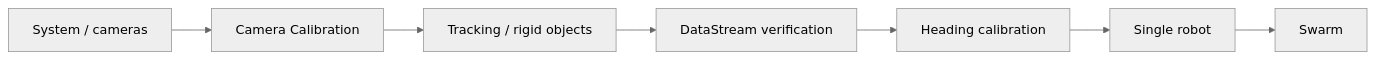
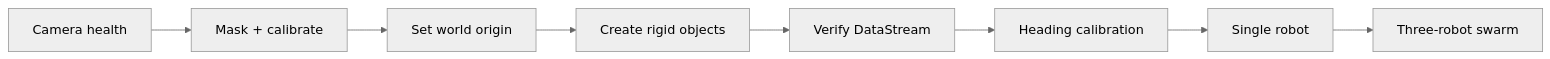
The diagram in docs/index.md (RV-crtl/sphero-vicon-swarm), drawn with Mermaid (neutral theme) before and after one commit. The commit also changed other lines of this file, not shown here.

````diff
--- a/docs/index.md
+++ b/docs/index.md
@@ -10,9 +28,10 @@
 ```mermaid
 flowchart LR
-    A["System / cameras"] --> B["Camera Calibration"]
-    B --> C["Tracking / rigid objects"]
-    C --> D["DataStream verification"]
-    D --> E["Heading calibration"]
-    E --> F["Single robot"]
-    F --> G["Swarm"]
+    A["Camera health"] --> B["Mask + calibrate"]
+    B --> C["Set world origin"]
+    C --> D["Create rigid objects"]
+    D --> E["Verify DataStream"]
+    E --> F["Heading calibration"]
+    F --> G["Single robot"]
+    G --> H["Three-robot swarm"]
 ```
````
